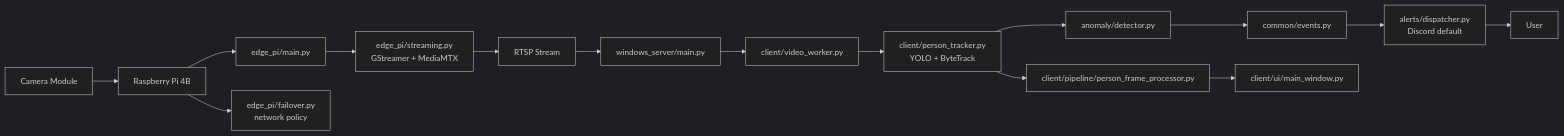
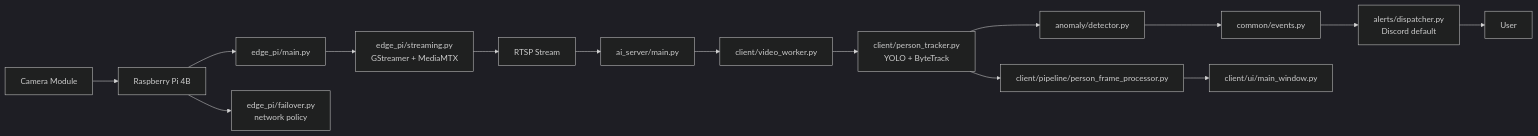
The first of 2 diagrams in inst/flow.md (taegyu-heo-bigstar/AI_CCTV), drawn with Mermaid (dark theme) before and after one commit. The commit also changed other lines of this file and 11 other files, not shown here.

````diff
--- a/inst/flow.md
+++ b/inst/flow.md
@@ -48,17 +48,17 @@
 ```mermaid
 flowchart LR
     Camera["Camera Module"] --> Pi["Raspberry Pi 4B"]
     Pi --> EdgeMain["edge_pi/main.py"]
     EdgeMain --> GStreamer["edge_pi/streaming.py<br/>GStreamer + MediaMTX"]
     Pi --> Failover["edge_pi/failover.py<br/>network policy"]
     GStreamer --> RTSP["RTSP Stream"]
-    RTSP --> Windows["windows_server/main.py"]
+    RTSP --> Windows["ai_server/main.py"]
     Windows --> VideoWorker["client/video_worker.py"]
     VideoWorker --> Tracker["client/person_tracker.py<br/>YOLO + ByteTrack"]
     Tracker --> Processor["client/pipeline/person_frame_processor.py"]
     Tracker --> Anomaly["anomaly/detector.py"]
     Anomaly --> CommonEvent["common/events.py"]
     CommonEvent --> Alerts["alerts/dispatcher.py<br/>Discord default"]
     Alerts --> User["User"]
     Processor --> GUI["client/ui/main_window.py"]
 ```
````
